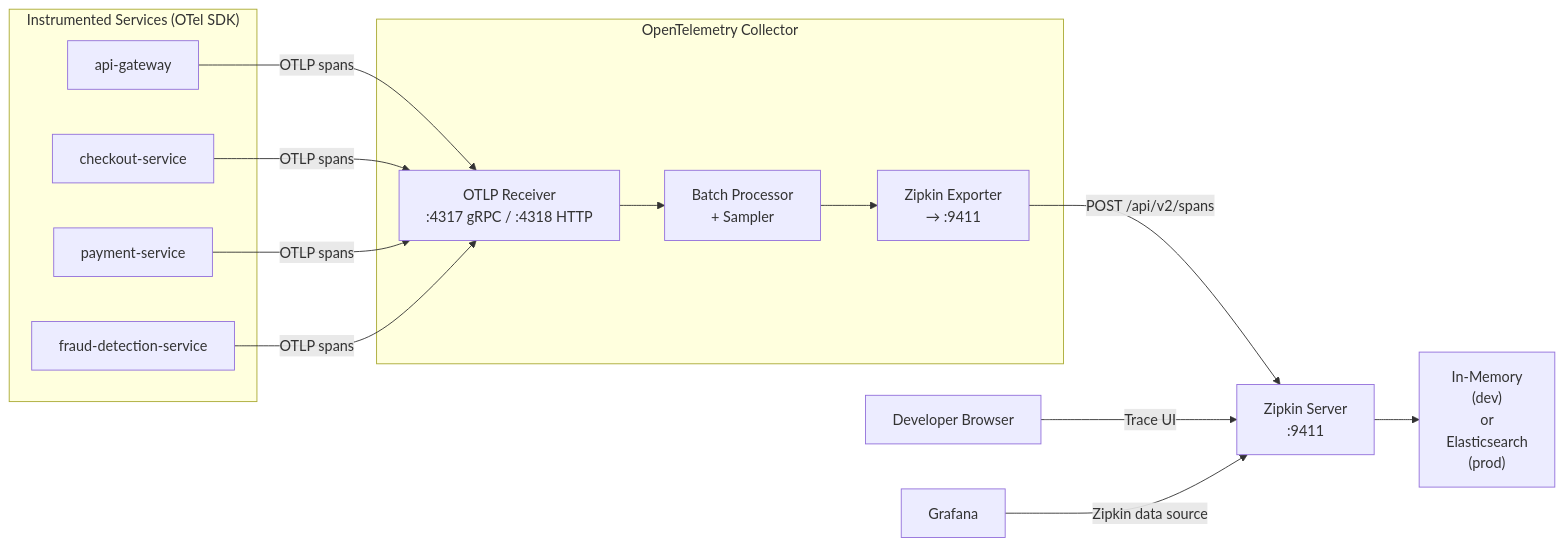
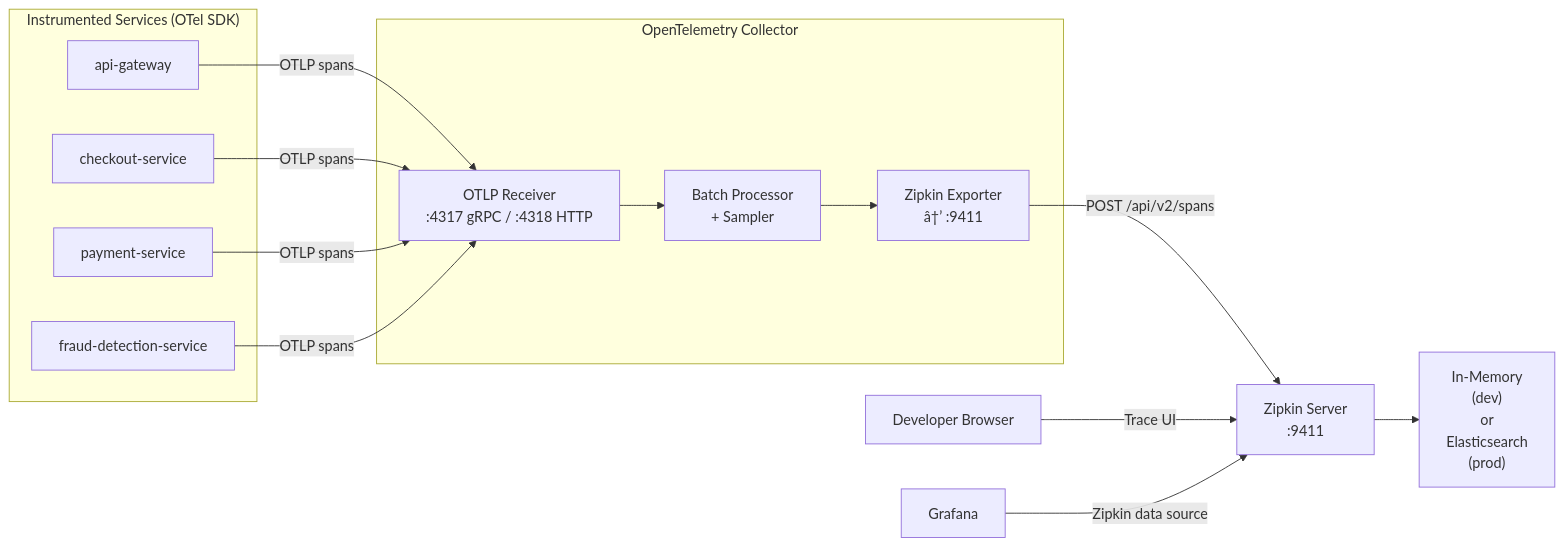
Before and after one commit to prabhat-roy/ShopOS: the diagram in observability/zipkin/README.md, drawn with Mermaid. The commit also changed other lines of this file and 403 other files, not shown here.

````diff
--- a/observability/zipkin/README.md
+++ b/observability/zipkin/README.md
@@ -14,28 +14,28 @@
 ```mermaid
 flowchart LR
     subgraph Services["Instrumented Services (OTel SDK)"]
         GW["api-gateway"]
         CS["checkout-service"]
         PS["payment-service"]
         FD["fraud-detection-service"]
     end
 
     subgraph OTel["OpenTelemetry Collector"]
         Recv["OTLP Receiver\n:4317 gRPC / :4318 HTTP"]
         Proc["Batch Processor\n+ Sampler"]
-        Exp["Zipkin Exporter\n→ :9411"]
+        Exp["Zipkin Exporter\nâ†’ :9411"]
     end
 
     GW -->|OTLP spans| Recv
     CS -->|OTLP spans| Recv
     PS -->|OTLP spans| Recv
     FD -->|OTLP spans| Recv
 
     Recv --> Proc --> Exp
 
     Exp -->|POST /api/v2/spans| Zipkin["Zipkin Server\n:9411"]
     Zipkin --> Storage["In-Memory\n(dev)\nor\nElasticsearch\n(prod)"]
 
     Developer["Developer Browser"] -->|Trace UI| Zipkin
     Grafana -->|Zipkin data source| Zipkin
 ```
````
